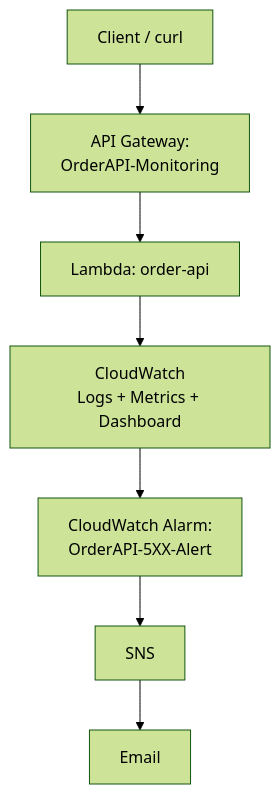
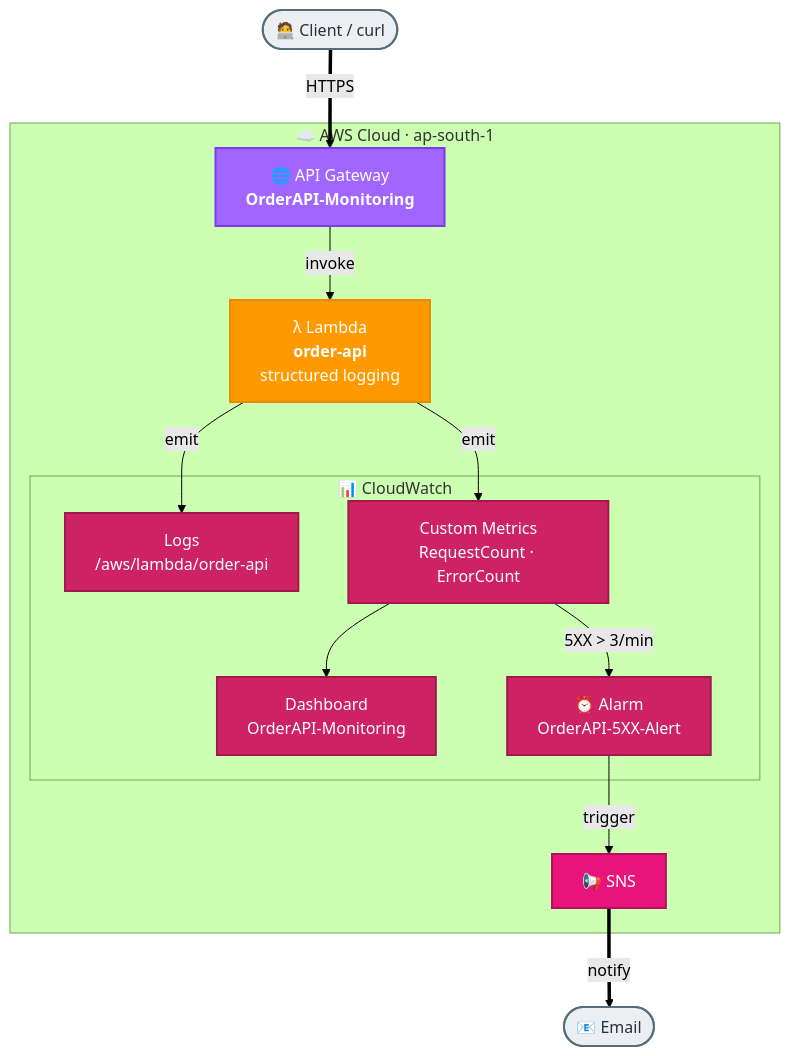
One commit to abhi-achar/aws-hands-on-training changed the diagram in week1/task5-cognito/README.md. Above: the diagram before and after it, drawn with Mermaid (forest theme). The commit also changed 9 other files, not shown here.

Commit message:
docs: enhance architecture diagrams with AWS color-coding and detail

````diff
--- a/week1/task5-cognito/README.md
+++ b/week1/task5-cognito/README.md
@@ -7,9 +7,30 @@
 ```mermaid
 flowchart TD
-    Client["Client / curl"] --> APIGW["API Gateway:<br/>OrderAPI-Monitoring"]
-    APIGW --> Lambda["Lambda: order-api"]
-    Lambda --> CW["CloudWatch<br/>Logs + Metrics + Dashboard"]
-    CW --> Alarm["CloudWatch Alarm:<br/>OrderAPI-5XX-Alert"]
-    Alarm --> SNS["SNS"]
-    SNS --> Email["Email"]
+    Client(["🧑‍💻 Client / curl"]):::client
+    subgraph AWS["☁️ AWS Cloud · ap-south-1"]
+        APIGW["🌐 API Gateway<br/><b>OrderAPI-Monitoring</b>"]:::apigw
+        Lambda["λ Lambda<br/><b>order-api</b><br/>structured logging"]:::lambda
+        subgraph CWGroup["📊 CloudWatch"]
+            Logs["Logs<br/>/aws/lambda/order-api"]:::monitor
+            Metrics["Custom Metrics<br/>RequestCount · ErrorCount"]:::monitor
+            Dash["Dashboard<br/>OrderAPI-Monitoring"]:::monitor
+            Alarm["⏰ Alarm<br/>OrderAPI-5XX-Alert"]:::monitor
+        end
+        SNS["📢 SNS"]:::messaging
+    end
+    Email(["📧 Email"]):::client
+    Client ==>|"HTTPS"| APIGW
+    APIGW -->|"invoke"| Lambda
+    Lambda -->|"emit"| Logs
+    Lambda -->|"emit"| Metrics
+    Metrics --> Dash
+    Metrics -->|"5XX > 3/min"| Alarm
+    Alarm -->|"trigger"| SNS
+    SNS ==>|"notify"| Email
+
+    classDef client fill:#ECEFF1,stroke:#546E7A,stroke-width:2px,color:#263238
+    classDef apigw fill:#A166FF,stroke:#7C3AED,stroke-width:2px,color:#ffffff
+    classDef lambda fill:#FF9900,stroke:#E88B00,stroke-width:2px,color:#ffffff
+    classDef monitor fill:#CD2264,stroke:#9E1A4D,stroke-width:2px,color:#ffffff
+    classDef messaging fill:#E7157B,stroke:#B30E5F,stroke-width:2px,color:#ffffff
 ```
````
